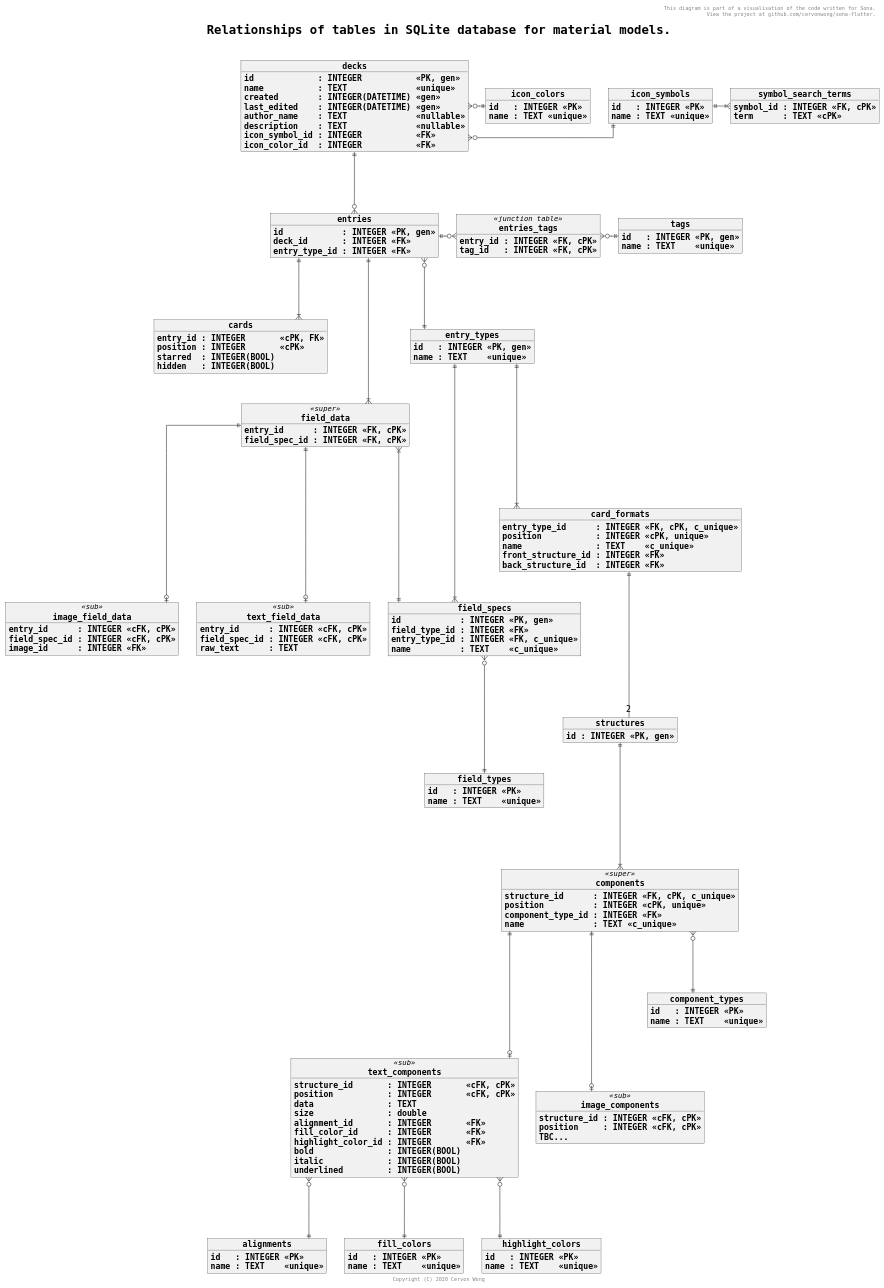
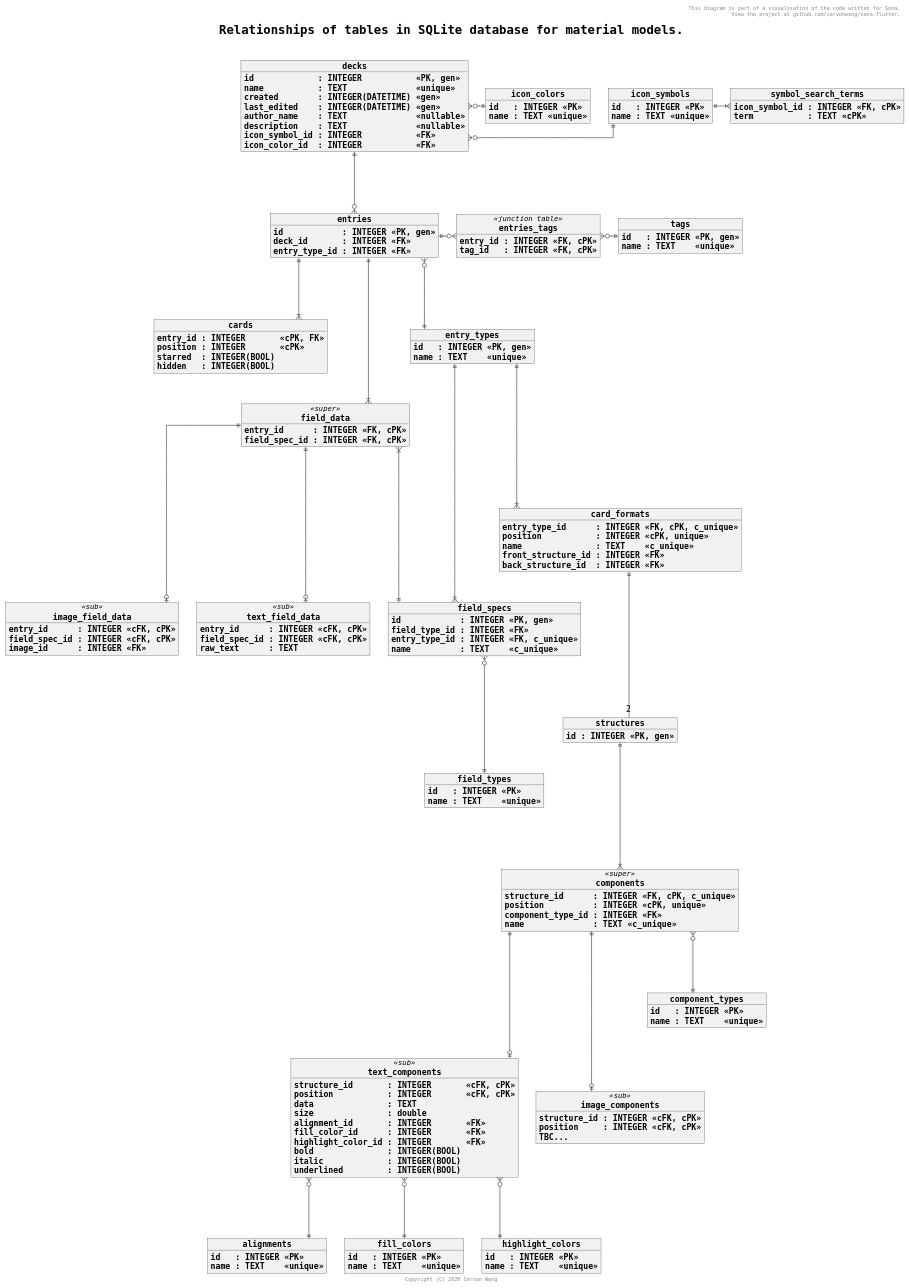
One commit to cervonwong/sona-flutter changed the diagram in puml/material_database.puml. Above: the diagram before and after it, drawn with PlantUML. The commit also changed 1 other file, not shown here.

Commit message:
Docs(puml): Rename missed `symbol_id` to correct `icon_symbol_id`

```diff
--- a/puml/material_database.puml
+++ b/puml/material_database.puml
@@ -1,183 +1,183 @@
 @startuml
 
 skinparam wrapWidth 1000
 skinparam defaultFontName Monospaced
 skinparam defaultFontSize 16
 skinparam objectStereotypeFontSize 14
 skinparam titleFontSize 24
 skinparam titleFontStyle bold
 skinparam objectFontStyle bold
 skinparam linetype ortho
 skinparam shadowing false
 
 header This diagram is part of a visualisation of the code written for Sona.\n View the project at github.com/cervonwong/sona-flutter.
 title Relationships of tables in SQLite database for material models.\n
 footer Copyright (C) 2020 Cervon Wong
 
 object decks {
 	id             : INTEGER           <<PK, gen>>
 	name           : TEXT              <<unique>>
 	created        : INTEGER(DATETIME) <<gen>>
 	last_edited    : INTEGER(DATETIME) <<gen>>
 	author_name    : TEXT              <<nullable>>
 	description    : TEXT              <<nullable>>
 	icon_symbol_id : INTEGER           <<FK>>
 	icon_color_id  : INTEGER           <<FK>>
 }
 
 object icon_symbols {
 	id   : INTEGER <<PK>>
 	name : TEXT <<unique>>
 }
 
 object icon_colors {
 	id   : INTEGER <<PK>>
 	name : TEXT <<unique>>
 }
 
 object symbol_search_terms {
-	symbol_id : INTEGER <<FK, cPK>>
-	term      : TEXT <<cPK>>
+	icon_symbol_id : INTEGER <<FK, cPK>>
+	term           : TEXT <<cPK>>
 }
 
 object entries {
 	id            : INTEGER <<PK, gen>>
 	deck_id       : INTEGER <<FK>>
 	entry_type_id : INTEGER <<FK>>
 }
 
 object cards {
 	entry_id : INTEGER       <<cPK, FK>>
 	position : INTEGER       <<cPK>>
 	starred  : INTEGER(BOOL)
 	hidden   : INTEGER(BOOL)
 }
 
 object tags {
 	id   : INTEGER <<PK, gen>>
 	name : TEXT    <<unique>>
 }
 
 object entries_tags <<junction table>> {
 	entry_id : INTEGER <<FK, cPK>>
 	tag_id   : INTEGER <<FK, cPK>>
 }
 
 object field_specs {
 	id            : INTEGER <<PK, gen>>
 	field_type_id : INTEGER <<FK>>
 	entry_type_id : INTEGER <<FK, c_unique>>
 	name          : TEXT    <<c_unique>>
 }
 
 object field_types {
 	id   : INTEGER <<PK>>
 	name : TEXT    <<unique>>
 }
 
 object field_data <<super>> {
 	entry_id      : INTEGER <<FK, cPK>>
     field_spec_id : INTEGER <<FK, cPK>>
     ' Get field_type_id from field_specs table.
 }
 
 object text_field_data <<sub>> {
 	entry_id      : INTEGER <<cFK, cPK>>
     field_spec_id : INTEGER <<cFK, cPK>>
 	raw_text      : TEXT
 }
 
 object image_field_data <<sub>> {
 	entry_id      : INTEGER <<cFK, cPK>>
     field_spec_id : INTEGER <<cFK, cPK>>
 	image_id      : INTEGER <<FK>>
 }
 
 object entry_types {
 	id   : INTEGER <<PK, gen>>
 	name : TEXT    <<unique>>
 }
 
 object card_formats {
 	entry_type_id      : INTEGER <<FK, cPK, c_unique>>
 	position           : INTEGER <<cPK, unique>>
 	name               : TEXT    <<c_unique>>
 	front_structure_id : INTEGER <<FK>>
 	back_structure_id  : INTEGER <<FK>>
 }
 
 object structures {
 	id : INTEGER <<PK, gen>>
 }
 
 object components <<super>> {
 	structure_id      : INTEGER <<FK, cPK, c_unique>>
 	position          : INTEGER <<cPK, unique>>
 	component_type_id : INTEGER <<FK>>
 	name              : TEXT <<c_unique>>
 }
 
 object text_components <<sub>> {
 	structure_id       : INTEGER       <<cFK, cPK>>
 	position           : INTEGER       <<cFK, cPK>>
 	data               : TEXT
 	size               : double
 	alignment_id       : INTEGER       <<FK>>
 	fill_color_id      : INTEGER       <<FK>>
 	highlight_color_id : INTEGER       <<FK>>
 	bold               : INTEGER(BOOL)
 	italic             : INTEGER(BOOL)
 	underlined         : INTEGER(BOOL)
 }
 
 object alignments {
 	id   : INTEGER <<PK>>
 	name : TEXT    <<unique>>
 }
 
 object fill_colors {
 	id   : INTEGER <<PK>>
 	name : TEXT    <<unique>>
 }
 
 object highlight_colors {
 	id   : INTEGER <<PK>>
 	name : TEXT    <<unique>>
 }
 
 object image_components <<sub>> {
 	structure_id : INTEGER <<cFK, cPK>>
     position     : INTEGER <<cFK, cPK>>
     TBC...
 }
 
 object component_types {
 	id   : INTEGER <<PK>>
 	name : TEXT    <<unique>>
 }
 
 decks             }o-||      icon_symbols
 decks             }o-||      icon_colors
 icon_symbols      ||-|{      symbol_search_terms
 decks             ||---o{    entries
 entries           ||---|{    cards
 entries           ||-o{      entries_tags
 entries_tags      }o-||      tags
 field_specs       }o----||   field_types
 field_data        ||----o|   text_field_data
 field_data        ||----o|   image_field_data
 field_data        }|----||   field_specs
 entries           ||----|{   field_data
 entries           }o---||    entry_types
 entry_types       ||----|{   field_specs
 entry_types       ||----|{   card_formats
 card_formats      ||---- "2" structures
 structures        ||----|{   components
 components        }o---||    component_types
 components        ||----o|   text_components
 components        ||----o|   image_components
 text_components   }o---||    alignments
 text_components   }o---||    fill_colors
 text_components   }o---||    highlight_colors
 
 @enduml
```
